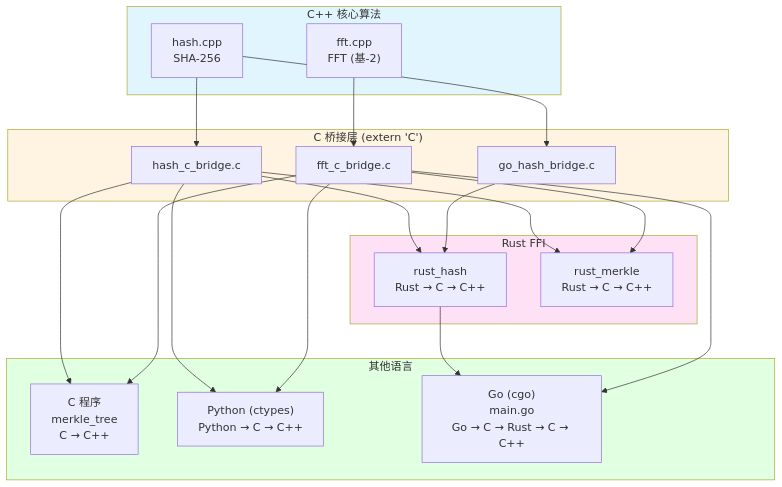
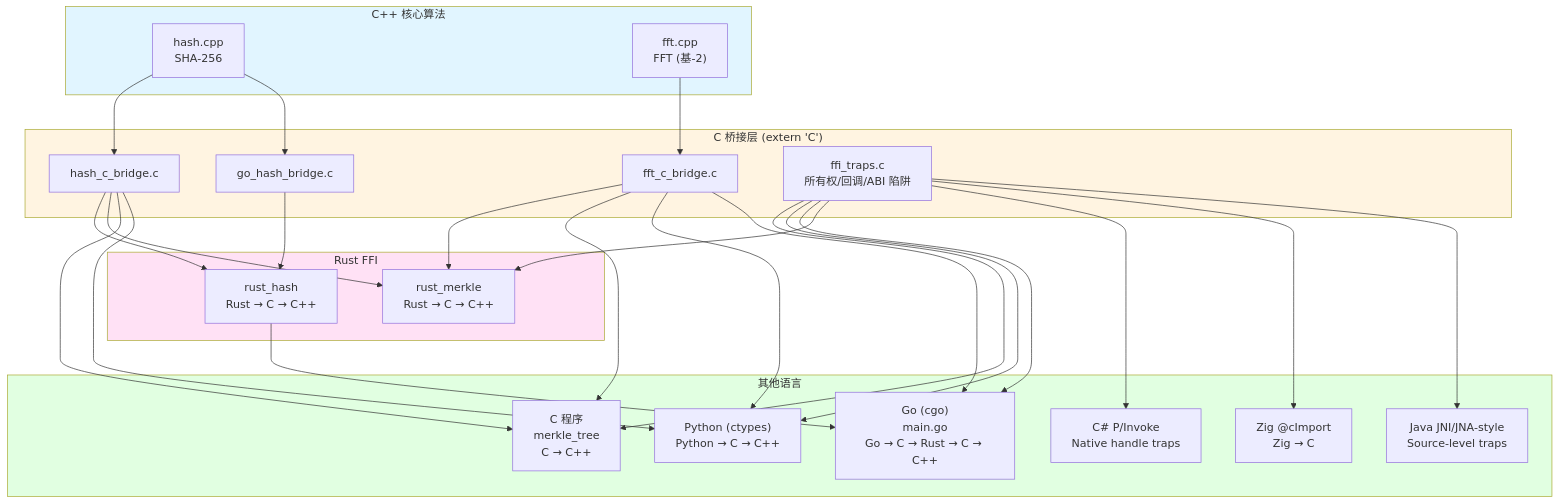
One commit to Timwood0x10/ffi-demo changed the diagram in README_ZH.md. Above: the diagram before and after it, drawn with Mermaid. The commit also changed other lines of this file and 12 other files, not shown here.

Commit message:
Add FFI trap API, C#/Java/Zig bindings, and refresh analysis report

````diff
--- a/README_ZH.md
+++ b/README_ZH.md
@@ -16,47 +16,58 @@
 ```mermaid
 graph TB
     subgraph CPP["C++ 核心算法"]
         HASH["hash.cpp<br/>SHA-256"]
         FFT["fft.cpp<br/>FFT (基-2)"]
     end
 
     subgraph C_BRIDGE["C 桥接层 (extern 'C')"]
         HASH_BRIDGE["hash_c_bridge.c"]
         FFT_BRIDGE["fft_c_bridge.c"]
         GO_BRIDGE["go_hash_bridge.c"]
+        TRAPS["ffi_traps.c<br/>所有权/回调/ABI 陷阱"]
     end
 
     subgraph RUST["Rust FFI"]
         RUST_HASH["rust_hash<br/>Rust → C → C++"]
         RUST_MERKLE["rust_merkle<br/>Rust → C → C++"]
     end
 
     subgraph OTHER["其他语言"]
         C_PROG["C 程序<br/>merkle_tree<br/>C → C++"]
         PYTHON["Python (ctypes)<br/>Python → C → C++"]
         GO["Go (cgo)<br/>main.go<br/>Go → C → Rust → C → C++"]
+        CSHARP["C# P/Invoke<br/>Native handle traps"]
+        ZIG["Zig @cImport<br/>Zig → C"]
+        JAVA["Java JNI/JNA-style<br/>Source-level traps"]
     end
 
     HASH --> HASH_BRIDGE
     FFT --> FFT_BRIDGE
     HASH --> GO_BRIDGE
 
     HASH_BRIDGE --> RUST_HASH
     HASH_BRIDGE --> RUST_MERKLE
     FFT_BRIDGE --> RUST_MERKLE
 
     HASH_BRIDGE --> C_PROG
     FFT_BRIDGE --> C_PROG
 
     HASH_BRIDGE --> PYTHON
     FFT_BRIDGE --> PYTHON
 
     GO_BRIDGE --> RUST_HASH
     RUST_HASH --> GO
     FFT_BRIDGE --> GO
+    TRAPS --> C_PROG
+    TRAPS --> PYTHON
+    TRAPS --> GO
+    TRAPS --> RUST_MERKLE
+    TRAPS --> CSHARP
+    TRAPS --> ZIG
+    TRAPS --> JAVA
 
     style CPP fill:#e1f5ff
     style C_BRIDGE fill:#fff4e1
     style RUST fill:#ffe1f5
     style OTHER fill:#e1ffe1
 ```
````
